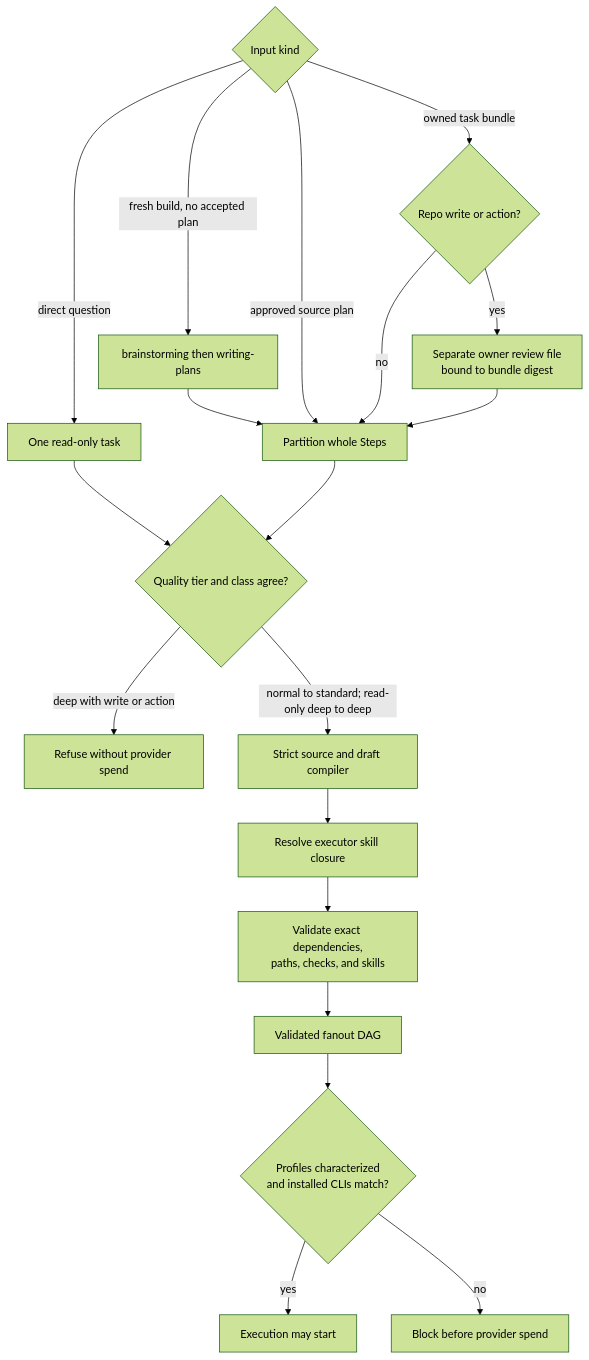
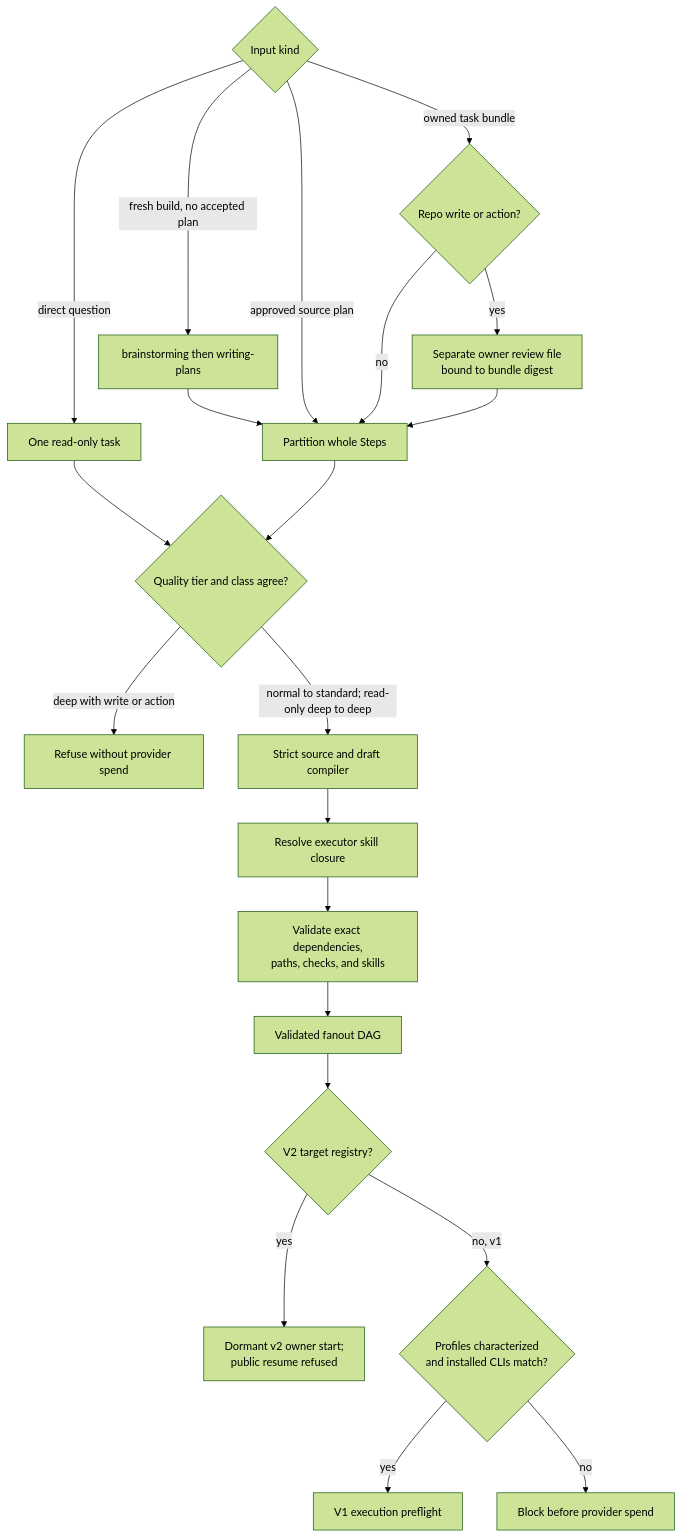
Before and after one commit to khenrix/khenrix-utils: the diagram in docs/skill-charts/llm-fanout-plan.md, drawn with Mermaid (forest theme). The commit also changed other lines of this file and 18 other files, not shown here.

````diff
--- a/docs/skill-charts/llm-fanout-plan.md
+++ b/docs/skill-charts/llm-fanout-plan.md
@@ -5,24 +5,26 @@
 ```mermaid
 flowchart TD
     accTitle: llm-fanout-plan admission and compilation
     accDescr: Direct questions, approved plans, and task bundles enter through distinct admission gates before strict source compilation and skill resolution.
 
     IN{Input kind} -->|direct question| Q[One read-only task]
     IN -->|fresh build, no accepted plan| SP[brainstorming then writing-plans]
     SP --> P
     IN -->|approved source plan| P[Partition whole Steps]
     IN -->|owned task bundle| B{Repo write or action?}
     B -->|yes| R[Separate owner review file<br/>bound to bundle digest]
     B -->|no| P
     R --> P
     Q --> T{Quality tier and class agree?}
     P --> T
     T -->|deep with write or action| STOP[Refuse without provider spend]
     T -->|normal to standard; read-only deep to deep| C[Strict source and draft compiler]
     C --> S[Resolve executor skill closure]
     S --> V[Validate exact dependencies,<br/>paths, checks, and skills]
     V --> D[Validated fanout DAG]
-    D --> E{Profiles characterized<br/>and installed CLIs match?}
-    E -->|yes| RUN[Execution may start]
+    D --> G_V2_START{V2 target registry?}
+    G_V2_START -->|yes| DORMANT[Dormant v2 owner start;<br/>public resume refused]
+    G_V2_START -->|no, v1| E{Profiles characterized<br/>and installed CLIs match?}
+    E -->|yes| RUN[V1 execution preflight]
     E -->|no| BLOCK[Block before provider spend]
 ```
````
